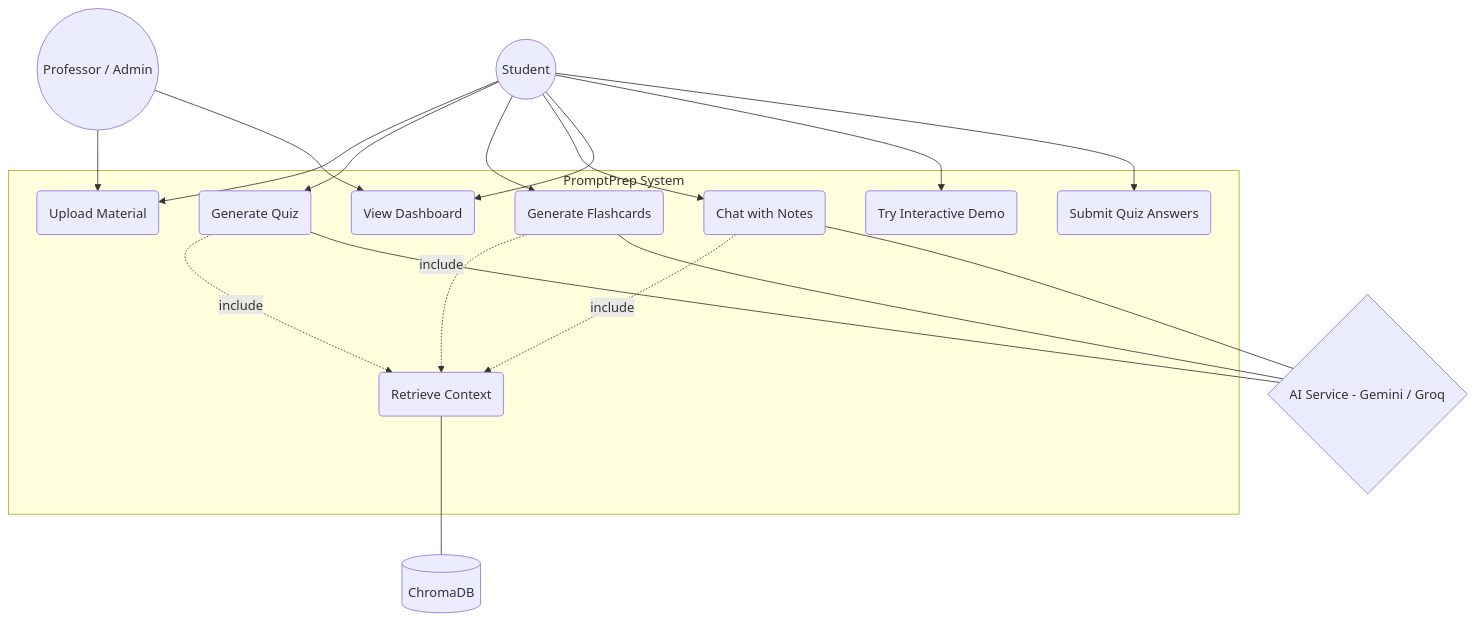
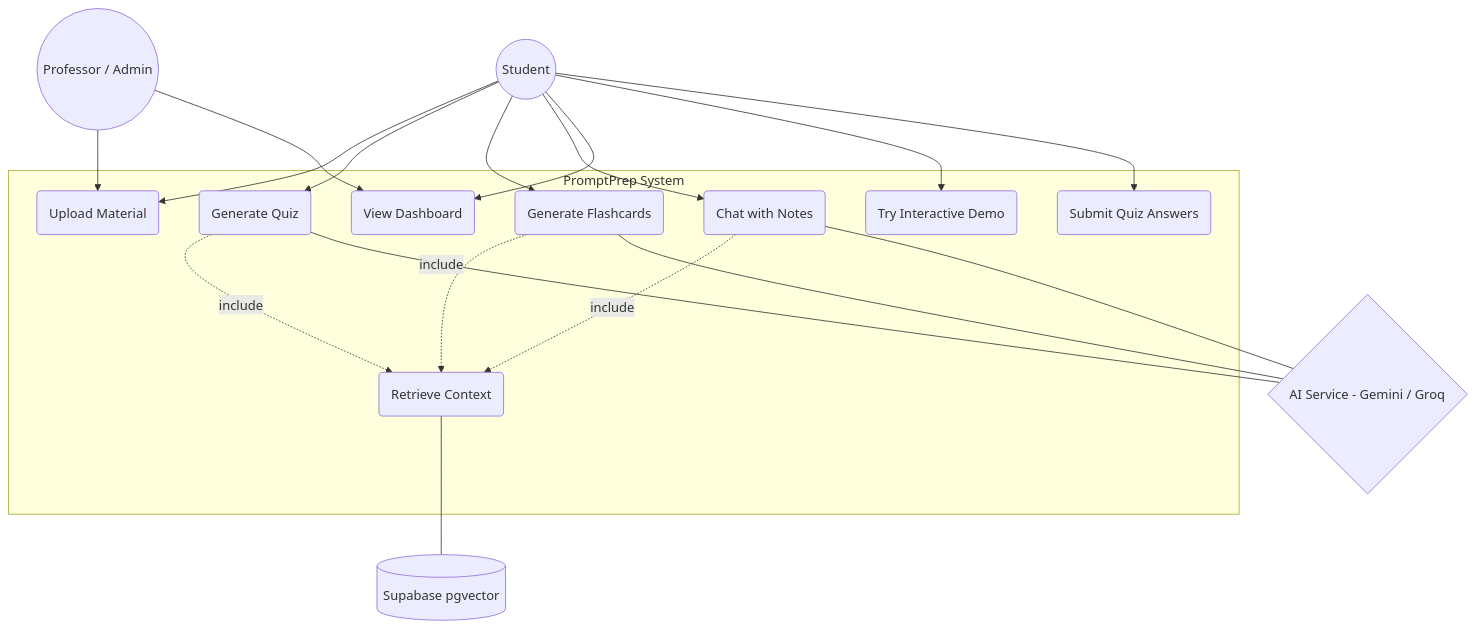
Before and after one commit to AyushCoder9/PromptPrep: the diagram in useCaseDiagram.md, drawn with Mermaid. The commit also changed 5 other files, not shown here.

Commit message:
Update documentation and diagrams to reflect Supabase PGVector architecture; restyle README

````diff
--- a/useCaseDiagram.md
+++ b/useCaseDiagram.md
@@ -1,44 +1,44 @@
 ```mermaid
 graph TD
     %% Define Actors
     Student((Student))
     Professor((Professor / Admin))
     AI{AI Service - Gemini / Groq}
-    VectorDB[(ChromaDB)]
+    VectorDB[(Supabase pgvector)]
 
     %% System Boundary
     subgraph PromptPrep_System [PromptPrep System]
         UC1(Upload Material)
         UC2(Generate Quiz)
         UC3(Generate Flashcards)
         UC4(Chat with Notes)
         UC5(View Dashboard)
         UC6(Try Interactive Demo)
         UC7(Retrieve Context)
         UC8(Submit Quiz Answers)
     end
 
     %% Student Interactions
     Student --> UC1
     Student --> UC2
     Student --> UC3
     Student --> UC4
     Student --> UC5
     Student --> UC6
     Student --> UC8
 
     %% Professor Interactions
     Professor --> UC1
     Professor --> UC5
 
     %% System Dependencies (include relationships)
     UC2 -.->|include| UC7
     UC3 -.->|include| UC7
     UC4 -.->|include| UC7
 
     %% External Systems
     UC7 --- VectorDB
     UC2 --- AI
     UC3 --- AI
     UC4 --- AI
 ```
````
